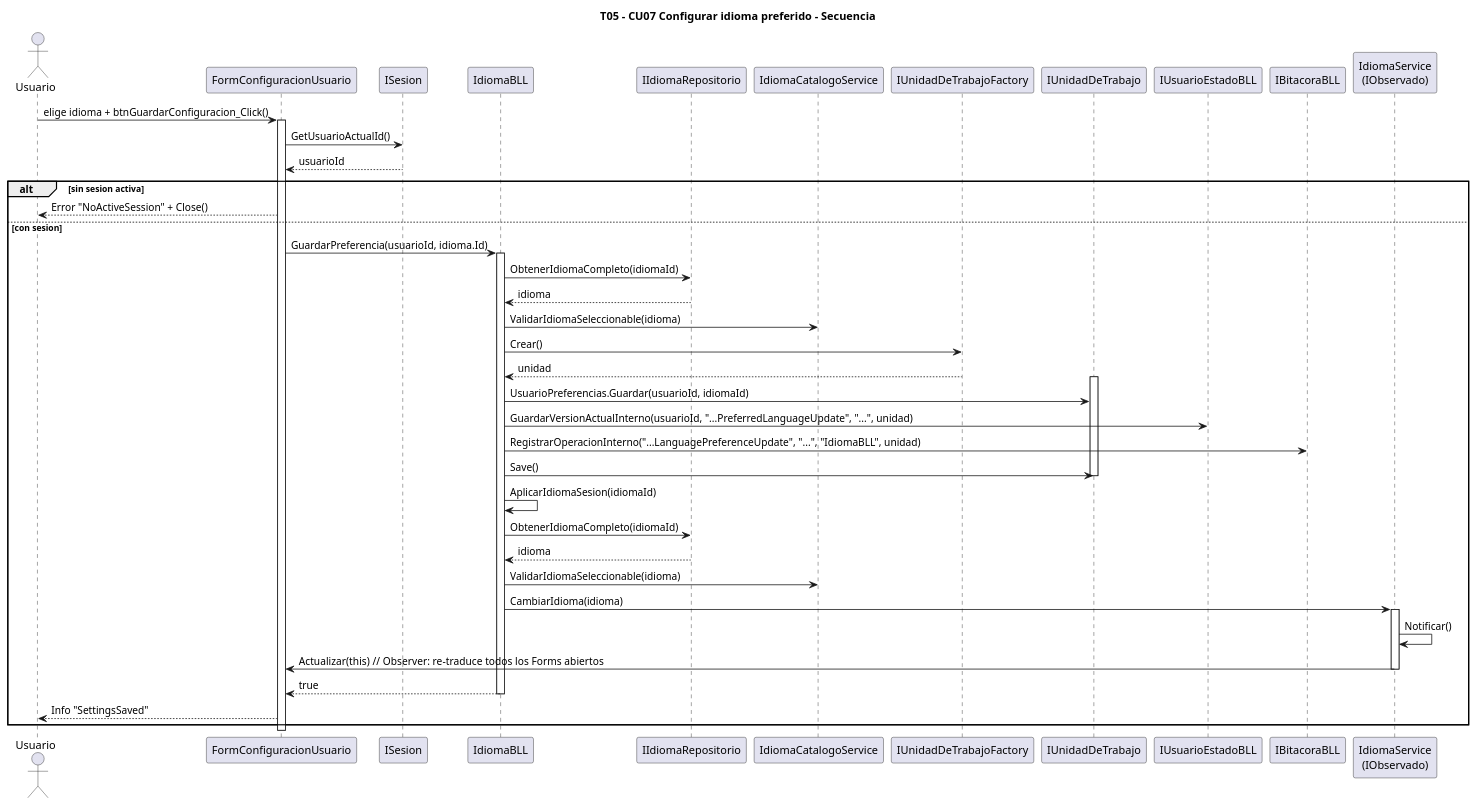
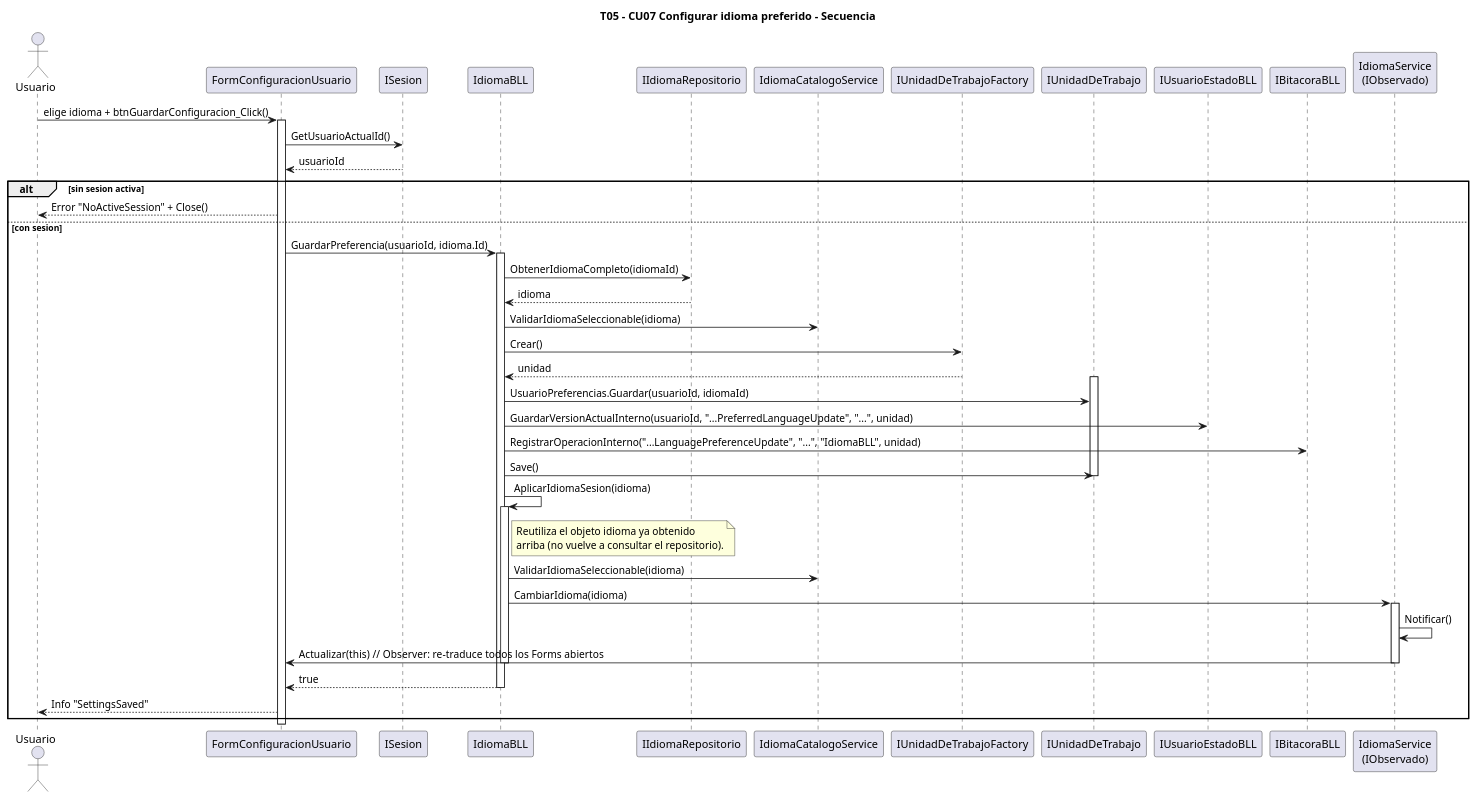
The diagram in diagramas/T05-multidioma/T05-multidioma-CU07-configurar-idioma-preferido-secuencia.puml (aggutierrez98/TP-TD), drawn with PlantUML before and after one commit. The commit also changed 184 other files, not shown here.

```diff
--- a/diagramas/T05-multidioma/T05-multidioma-CU07-configurar-idioma-preferido-secuencia.puml
+++ b/diagramas/T05-multidioma/T05-multidioma-CU07-configurar-idioma-preferido-secuencia.puml
@@ -1,54 +1,58 @@
 @startuml
 title T05 - CU07 Configurar idioma preferido - Secuencia
 
 skinparam backgroundColor white
 skinparam shadowing false
 
 actor Usuario
 participant "FormConfiguracionUsuario" as Form
 participant "ISesion" as Sesion
 participant "IdiomaBLL" as BLL
 participant "IIdiomaRepositorio" as Repo
 participant "IdiomaCatalogoService" as Cat
 participant "IUnidadDeTrabajoFactory" as UoWF
 participant "IUnidadDeTrabajo" as UoW
 participant "IUsuarioEstadoBLL" as Estado
 participant "IBitacoraBLL" as Bita
 participant "IdiomaService\n(IObservado)" as Obs
 
 Usuario -> Form : elige idioma + btnGuardarConfiguracion_Click()
 activate Form
 Form -> Sesion : GetUsuarioActualId()
 Sesion --> Form : usuarioId
 alt sin sesion activa
   Form --> Usuario : Error "NoActiveSession" + Close()
 else con sesion
   Form -> BLL : GuardarPreferencia(usuarioId, idioma.Id)
   activate BLL
   BLL -> Repo : ObtenerIdiomaCompleto(idiomaId)
   Repo --> BLL : idioma
   BLL -> Cat : ValidarIdiomaSeleccionable(idioma)
   BLL -> UoWF : Crear()
   UoWF --> BLL : unidad
   activate UoW
   BLL -> UoW : UsuarioPreferencias.Guardar(usuarioId, idiomaId)
   BLL -> Estado : GuardarVersionActualInterno(usuarioId, "...PreferredLanguageUpdate", "...", unidad)
   BLL -> Bita : RegistrarOperacionInterno("...LanguagePreferenceUpdate", "...", "IdiomaBLL", unidad)
   BLL -> UoW : Save()
   deactivate UoW
-  BLL -> BLL : AplicarIdiomaSesion(idiomaId)
-  BLL -> Repo : ObtenerIdiomaCompleto(idiomaId)
-  Repo --> BLL : idioma
+  BLL -> BLL : AplicarIdiomaSesion(idioma)
+  activate BLL
+  note right of BLL
+    Reutiliza el objeto idioma ya obtenido
+    arriba (no vuelve a consultar el repositorio).
+  end note
   BLL -> Cat : ValidarIdiomaSeleccionable(idioma)
   BLL -> Obs : CambiarIdioma(idioma)
   activate Obs
   Obs -> Obs : Notificar()
   Obs -> Form : Actualizar(this)  // Observer: re-traduce todos los Forms abiertos
   deactivate Obs
+  deactivate BLL
   BLL --> Form : true
   deactivate BLL
   Form --> Usuario : Info "SettingsSaved"
 end
 deactivate Form
 
 @enduml
```
